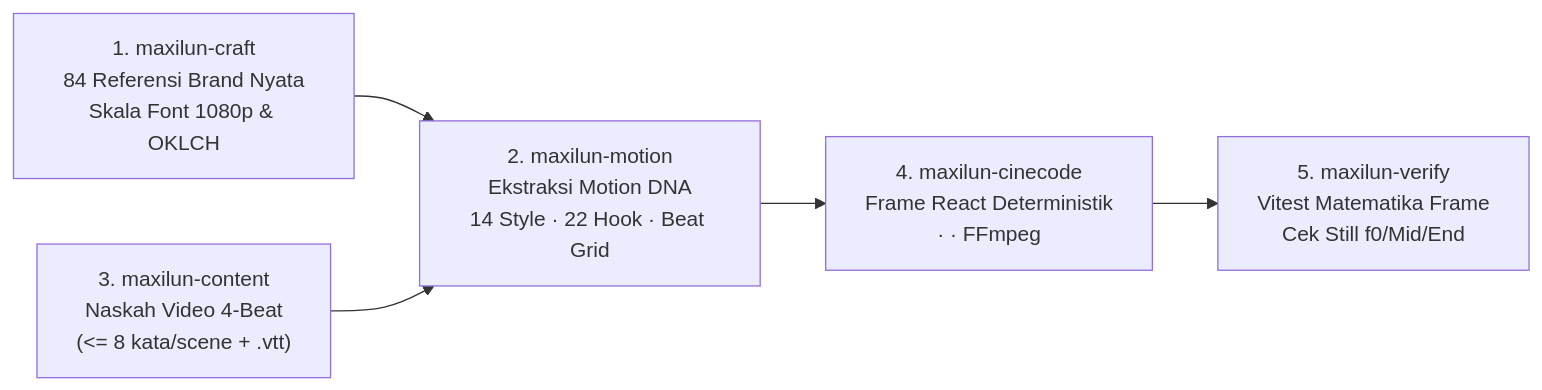
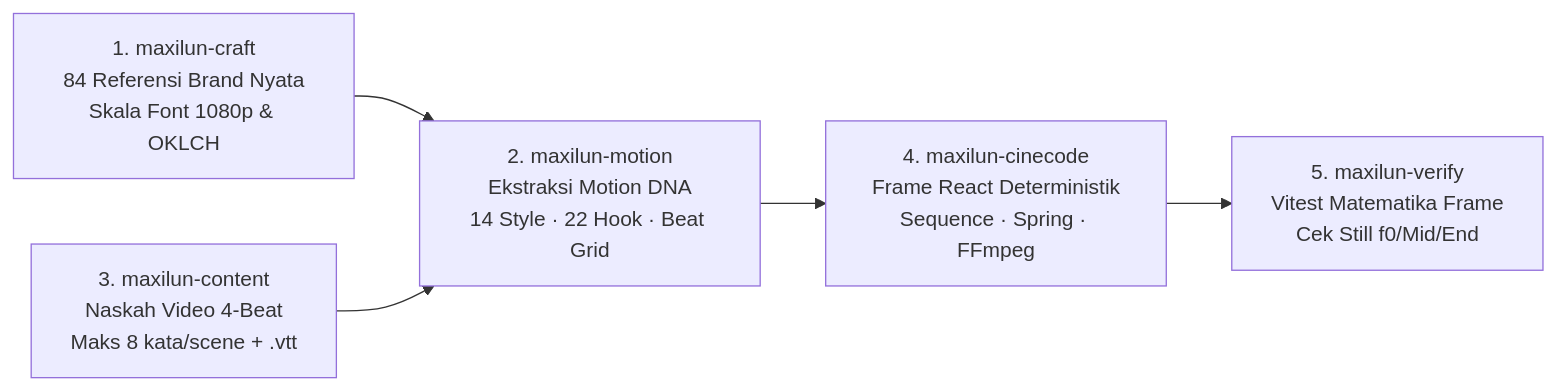
One commit to giriedu/maxilun changed the second of 2 diagrams in README.id.md. Above: the diagram before and after it, drawn with Mermaid. The commit also changed other lines of this file and 2 other files, not shown here.

Commit message:
feat: release v2.3.0 with multi-skill motion video studio, reference corpora, and visual benchmarks

````diff
--- a/README.id.md
+++ b/README.id.md
@@ -84,7 +82,7 @@
 ```mermaid
 flowchart LR
-    Craft["1. maxilun-craft\n84 Referensi Brand Nyata\nSkala Font 1080p & OKLCH"] --> Motion["2. maxilun-motion\nEkstraksi Motion DNA\n14 Style · 22 Hook · Beat Grid"]
-    Content["3. maxilun-content\nNaskah Video 4-Beat\n(<= 8 kata/scene + .vtt)"] --> Motion
-    Motion --> Cine["4. maxilun-cinecode\nFrame React Deterministik\n<Sequence> · <Spring> · FFmpeg"]
-    Cine --> Verify["5. maxilun-verify\nVitest Matematika Frame\nCek Still f0/Mid/End"]
+    Craft["1. maxilun-craft<br/>84 Referensi Brand Nyata<br/>Skala Font 1080p & OKLCH"] --> Motion["2. maxilun-motion<br/>Ekstraksi Motion DNA<br/>14 Style · 22 Hook · Beat Grid"]
+    Content["3. maxilun-content<br/>Naskah Video 4-Beat<br/>Maks 8 kata/scene + .vtt"] --> Motion
+    Motion --> Cine["4. maxilun-cinecode<br/>Frame React Deterministik<br/>Sequence · Spring · FFmpeg"]
+    Cine --> Verify["5. maxilun-verify<br/>Vitest Matematika Frame<br/>Cek Still f0/Mid/End"]
 ```
````
